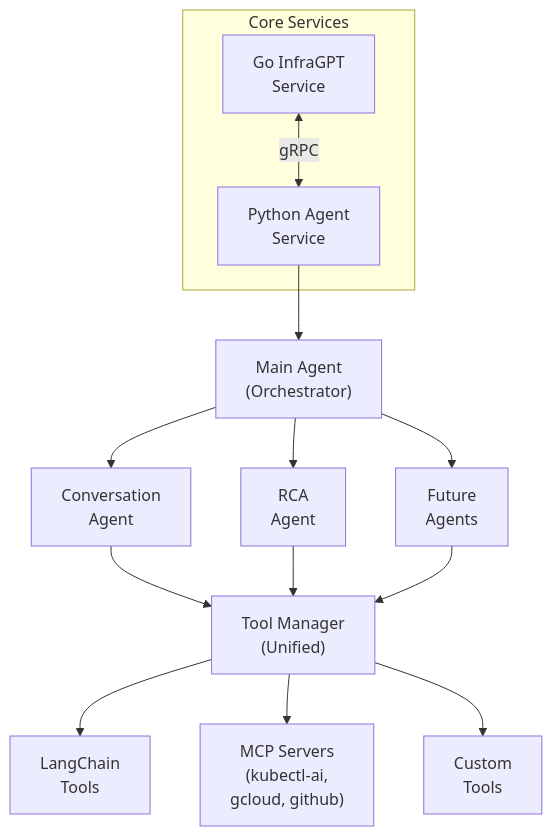
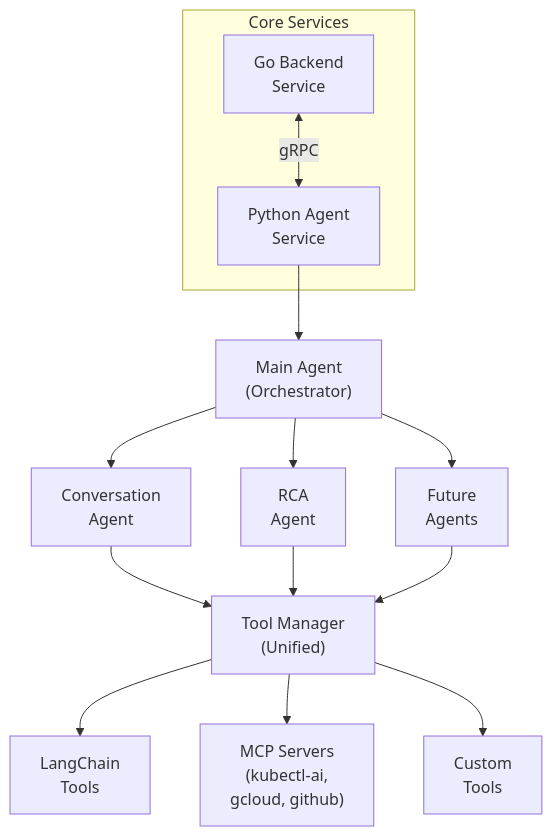
The diagram in README.md (73ai/infragpt), drawn with Mermaid before and after one commit. The commit also changed other lines of this file and 13 other files, not shown here.

Commit message:
refactor(services): complete backend service rename and update references

````diff
--- a/README.md
+++ b/README.md
@@ -84,25 +84,25 @@
 ```mermaid
   graph TD
 
   subgraph Core Services
-    GoInfraGPT[Go InfraGPT<br>Service]
+    GoBackend[Go Backend<br>Service]
     PythonAgent[Python Agent<br>Service]
-    GoInfraGPT <--> |gRPC| PythonAgent
+    GoBackend <--> |gRPC| PythonAgent
   end
 
   PythonAgent --> MainAgent["Main Agent<br>(Orchestrator)"]
 
   MainAgent --> ConversationAgent[Conversation<br>Agent]
   MainAgent --> RCAAagent[RCA<br>Agent]
   MainAgent --> FutureAgents[Future<br>Agents]
 
   ConversationAgent --> ToolManager
   RCAAagent --> ToolManager
   FutureAgents --> ToolManager
 
   ToolManager["Tool Manager<br>(Unified)"]
 
   ToolManager --> LangChain["LangChain<br>Tools"]
   ToolManager --> MCP["MCP Servers<br>(kubectl-ai,<br>gcloud, github)"]
   ToolManager --> CustomTools[Custom<br>Tools]
 ```
````
